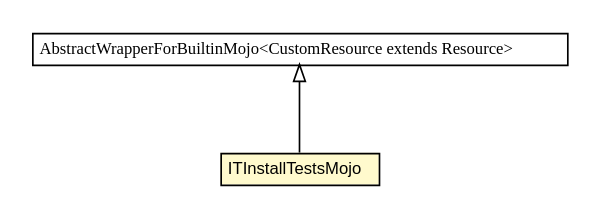
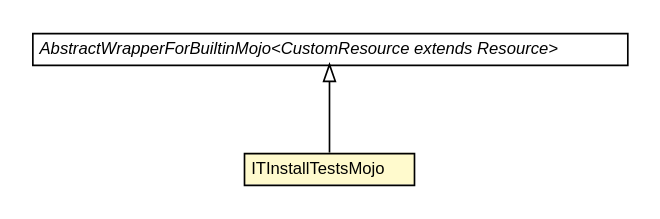
Before and after one commit to fastconnect/tibco-factory: the diagram in snapshot/bw-maven-plugin/apidocs/fr/fastconnect/factory/tibco/bw/maven/builtin/ITInstallTestsMojo.dot, drawn with Graphviz. The commit also changed 380 other files, not shown here.

```diff
--- a/snapshot/bw-maven-plugin/apidocs/fr/fastconnect/factory/tibco/bw/maven/builtin/ITInstallTestsMojo.dot
+++ b/snapshot/bw-maven-plugin/apidocs/fr/fastconnect/factory/tibco/bw/maven/builtin/ITInstallTestsMojo.dot
@@ -1,26 +1,26 @@
 #!/usr/local/bin/dot
 #
 # Class diagram 
 # Generated by UMLGraph version R5_6-24-gf6e263 (http://www.umlgraph.org/)
 #
 
 digraph G {
-	edge [fontname="arial",fontsize=10,labelfontname="arial",labelfontsize=10];
-	node [fontname="arial",fontsize=10,shape=plaintext];
+	edge [fontname="Helvetica",fontsize=10,labelfontname="Helvetica",labelfontsize=10];
+	node [fontname="Helvetica",fontsize=10,shape=plaintext];
 	nodesep=0.25;
 	ranksep=0.5;
+	// fr.fastconnect.factory.tibco.bw.maven.builtin.AbstractWrapperForBuiltinMojo<CustomResource extends org.apache.maven.model.Resource>
+	c2984 [label=<<table title="fr.fastconnect.factory.tibco.bw.maven.builtin.AbstractWrapperForBuiltinMojo" border="0" cellborder="1" cellspacing="0" cellpadding="2" port="p" href="./AbstractWrapperForBuiltinMojo.html">
+		<tr><td><table border="0" cellspacing="0" cellpadding="1">
+<tr><td align="center" balign="center"><font face="Helvetica-Oblique"> AbstractWrapperForBuiltinMojo&lt;CustomResource extends Resource&gt; </font></td></tr>
+		</table></td></tr>
+		</table>>, URL="./AbstractWrapperForBuiltinMojo.html", fontname="Helvetica", fontcolor="black", fontsize=10.0];
 	// fr.fastconnect.factory.tibco.bw.maven.builtin.ITInstallTestsMojo
-	c2730 [label=<<table title="fr.fastconnect.factory.tibco.bw.maven.builtin.ITInstallTestsMojo" border="0" cellborder="1" cellspacing="0" cellpadding="2" port="p" bgcolor="lemonChiffon" href="./ITInstallTestsMojo.html">
+	c2985 [label=<<table title="fr.fastconnect.factory.tibco.bw.maven.builtin.ITInstallTestsMojo" border="0" cellborder="1" cellspacing="0" cellpadding="2" port="p" bgcolor="lemonChiffon" href="./ITInstallTestsMojo.html">
 		<tr><td><table border="0" cellspacing="0" cellpadding="1">
 <tr><td align="center" balign="center"> ITInstallTestsMojo </td></tr>
 		</table></td></tr>
-		</table>>, URL="./ITInstallTestsMojo.html", fontname="arial", fontcolor="black", fontsize=10.0];
-	// fr.fastconnect.factory.tibco.bw.maven.builtin.AbstractWrapperForBuiltinMojo<CustomResource extends org.apache.maven.model.Resource>
-	c2735 [label=<<table title="fr.fastconnect.factory.tibco.bw.maven.builtin.AbstractWrapperForBuiltinMojo" border="0" cellborder="1" cellspacing="0" cellpadding="2" port="p" href="./AbstractWrapperForBuiltinMojo.html">
-		<tr><td><table border="0" cellspacing="0" cellpadding="1">
-<tr><td align="center" balign="center"><font face="arial italic"> AbstractWrapperForBuiltinMojo&lt;CustomResource extends Resource&gt; </font></td></tr>
-		</table></td></tr>
-		</table>>, URL="./AbstractWrapperForBuiltinMojo.html", fontname="arial", fontcolor="black", fontsize=10.0];
+		</table>>, URL="./ITInstallTestsMojo.html", fontname="Helvetica", fontcolor="black", fontsize=10.0];
 	//fr.fastconnect.factory.tibco.bw.maven.builtin.ITInstallTestsMojo extends fr.fastconnect.factory.tibco.bw.maven.builtin.AbstractWrapperForBuiltinMojo<org.apache.maven.model.Resource>
-	c2735:p -> c2730:p [dir=back,arrowtail=empty];
+	c2984:p -> c2985:p [dir=back,arrowtail=empty];
 }
```
